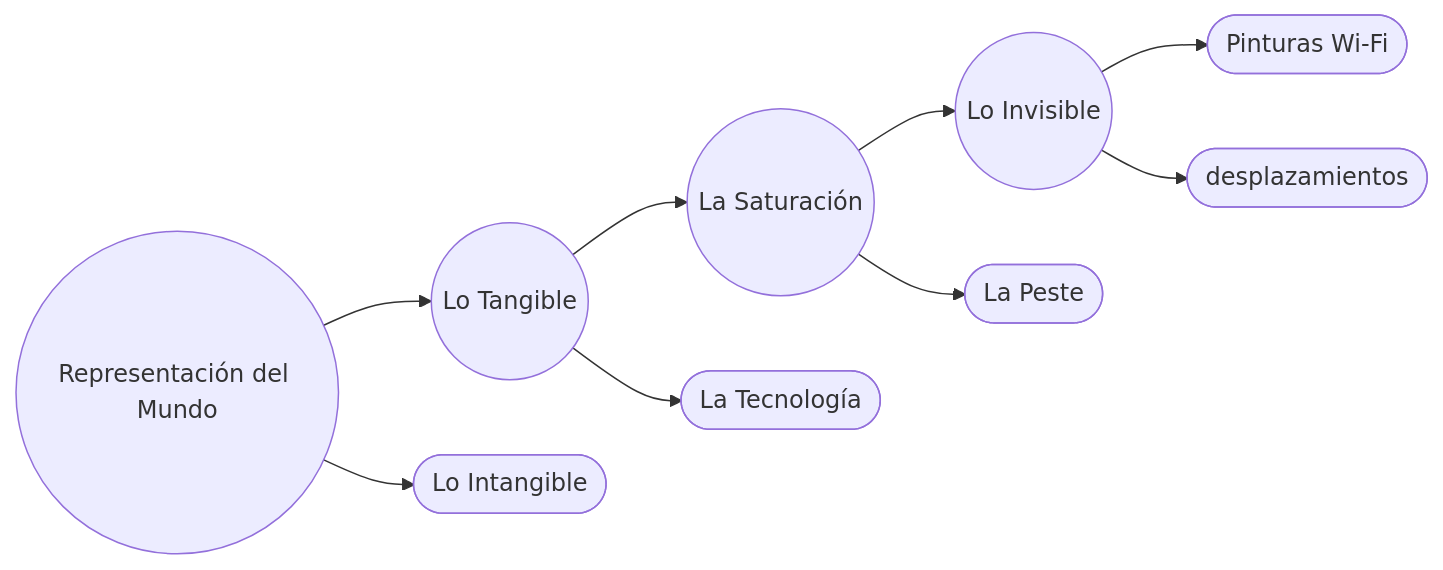
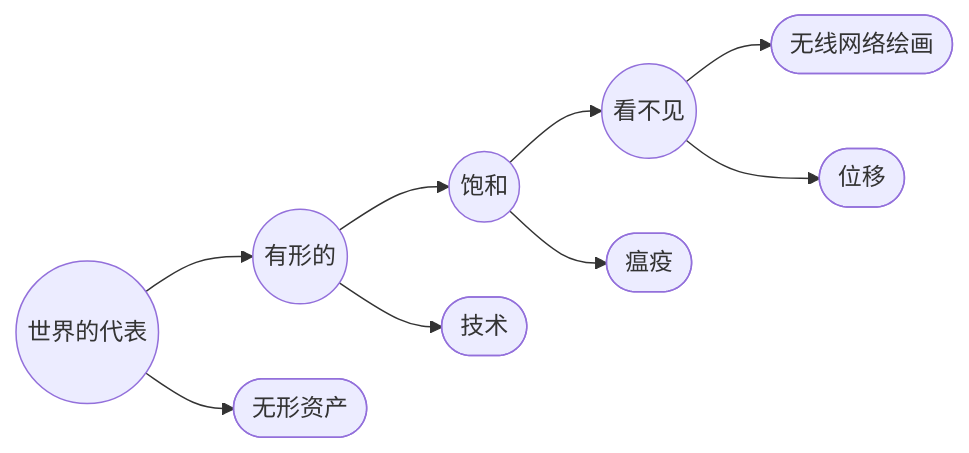
One commit to EGGS-Artesvisuales/EGGS-Artesvisuales.github.io changed the diagram in CHN/lo-invisible.md. Above: the diagram before and after it, drawn with Mermaid. The commit also changed other lines of this file and 43 other files, not shown here.

```diff
--- a/CHN/lo-invisible.md
+++ b/CHN/lo-invisible.md
@@ -88,24 +88,24 @@
 <div class="mermaid">
 graph LR
-  A(("Representación del Mundo")) --> B(("Lo Tangible"))
-  A --> B2(["Lo Intangible"])
+  A(("世界的代表")) --> B(("有形的"))
+  A --> B2(["无形资产"])
 
-  B --> C(("La Saturación"))
-  B --> C2(["La Tecnología"])
+  B --> C(("饱和"))
+  B --> C2(["技术"])
 
-  C --> D(("Lo Invisible"))
-  C --> D2(["La Peste"])
+  C --> D(("看不见"))
+  C --> D2(["瘟疫"])
 
-  D --> E(["Pinturas Wi-Fi"])
-  D --> F(["desplazamientos"])
+  D --> E(["无线网络绘画"])
+  D --> F(["位移"])
 
-  click A "/CHN/mundo-exterior.html" "Ver Representación del Mundo"
-  click B "/CHN/tangible.html" "Ver Lo Tangible"
-  click B2 "/CHN/intangible.html" "Ver Lo Intangible"
-  click C "/CHN/saturacion.html" "Ver La Saturación"
-  click C2 "/CHN/en-construccion.html" "Ver La Tecnología"
-  click D "/CHN/lo-invisible.html" "Ver Lo Invisible"
-  click D2 "/CHN/la-peste.html" "Ver La Peste"
-  click E "/CHN/pinturas-wifi.html" "Ver Pinturas Wi-Fi"
-  click F "/CHN/en-construccion.html" "Ver Desplazamientos de la pintura"
+  click A "/CHN/mundo-exterior.html" "参见世界的代表性"
+  click B "/CHN/tangible.html" "看到有形的"
+  click B2 "/CHN/intangible.html" "查看无形资产"
+  click C "/CHN/saturacion.html" "查看饱和度"
+  click C2 "/CHN/en-construccion.html" "看技术"
+  click D "/CHN/lo-invisible.html" "看到看不见的东西"
+  click D2 "/CHN/la-peste.html" "参见瘟疫"
+  click E "/CHN/pinturas-wifi.html" "查看 Wi-Fi 画作"
+  click F "/CHN/en-construccion.html" "参见绘画动作"
 </div>
```
